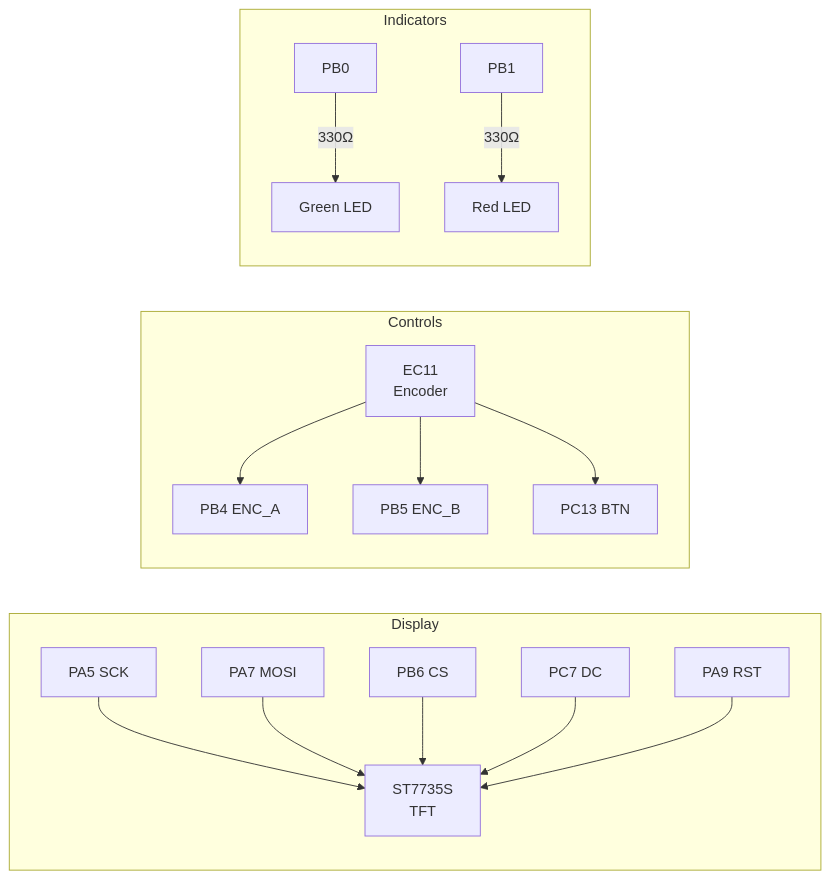
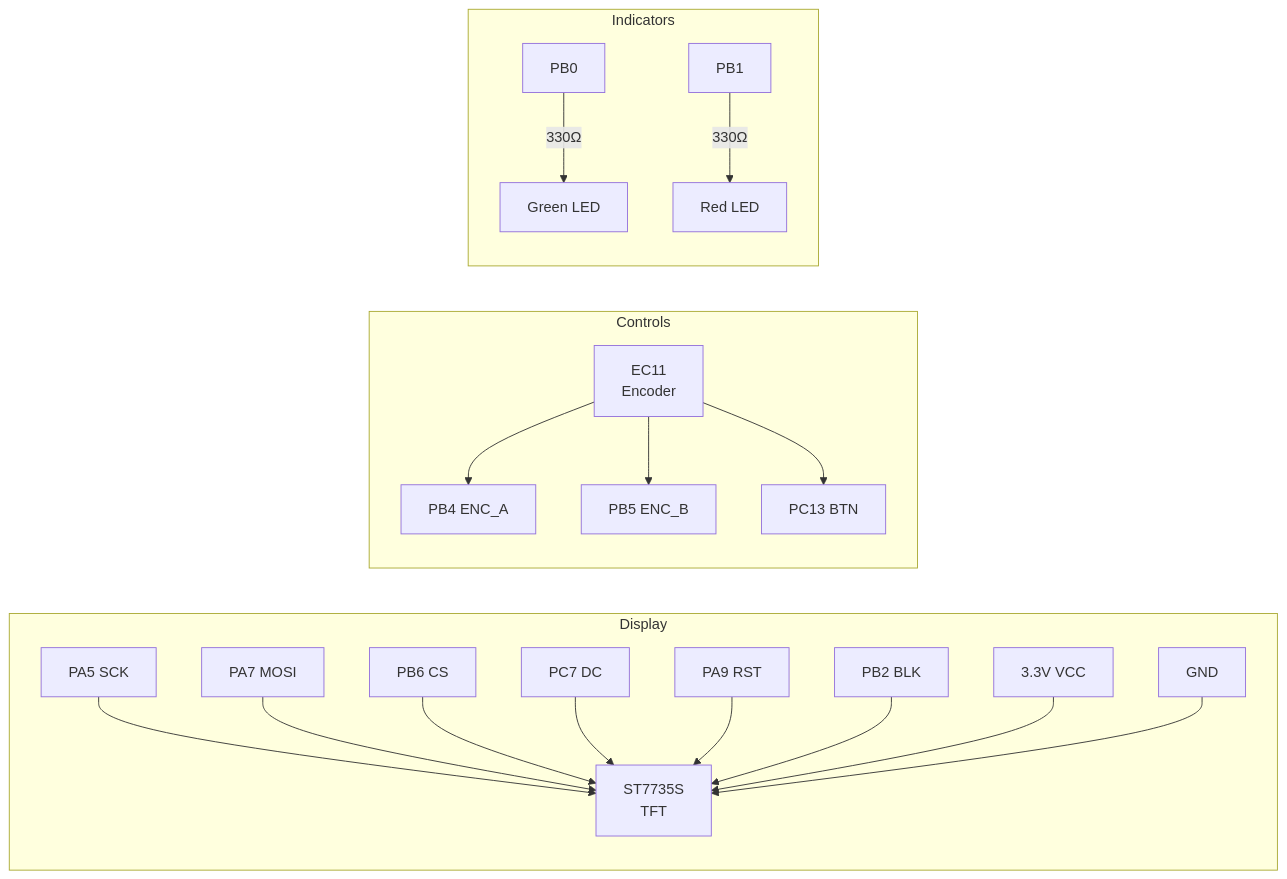
Before and after one commit to metanurb21/Nucleo-induction-heater: the fourth of 7 diagrams in docs/SHIELD_LAYOUT.md, drawn with Mermaid. The commit also changed other lines of this file, not shown here.

Commit message:
Document TFT BLK/VCC/GND wiring - backlight pin was missing from diagram

````diff
--- a/docs/SHIELD_LAYOUT.md
+++ b/docs/SHIELD_LAYOUT.md
@@ -46,21 +46,24 @@
 ```mermaid
 graph LR
     subgraph Display
         PA5["PA5 SCK"] --> TFT["ST7735S<br/>TFT"]
         PA7["PA7 MOSI"] --> TFT
         PB6["PB6 CS"] --> TFT
         PC7["PC7 DC"] --> TFT
         PA9["PA9 RST"] --> TFT
+        PB2["PB2 BLK"] --> TFT
+        V33["3.3V VCC"] --> TFT
+        GNDT["GND"] --> TFT
     end
 
     subgraph Controls
         ENC["EC11<br/>Encoder"] --> PB4["PB4 ENC_A"]
         ENC --> PB5["PB5 ENC_B"]
         ENC --> PC13["PC13 BTN"]
     end
 
     subgraph Indicators
         PB0["PB0"] -->|"330Ω"| G["Green LED"]
         PB1["PB1"] -->|"330Ω"| R["Red LED"]
     end
 ```
````
